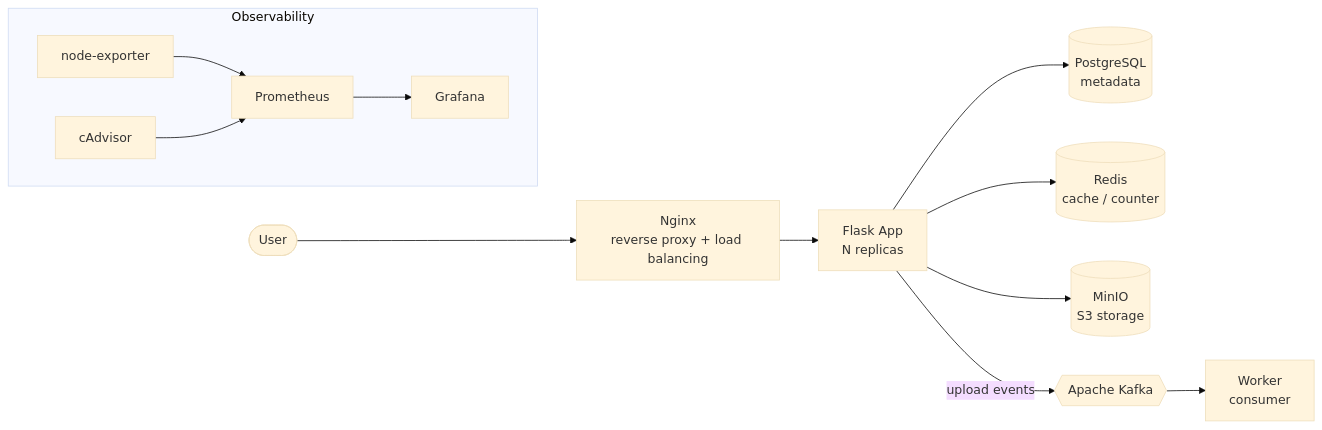
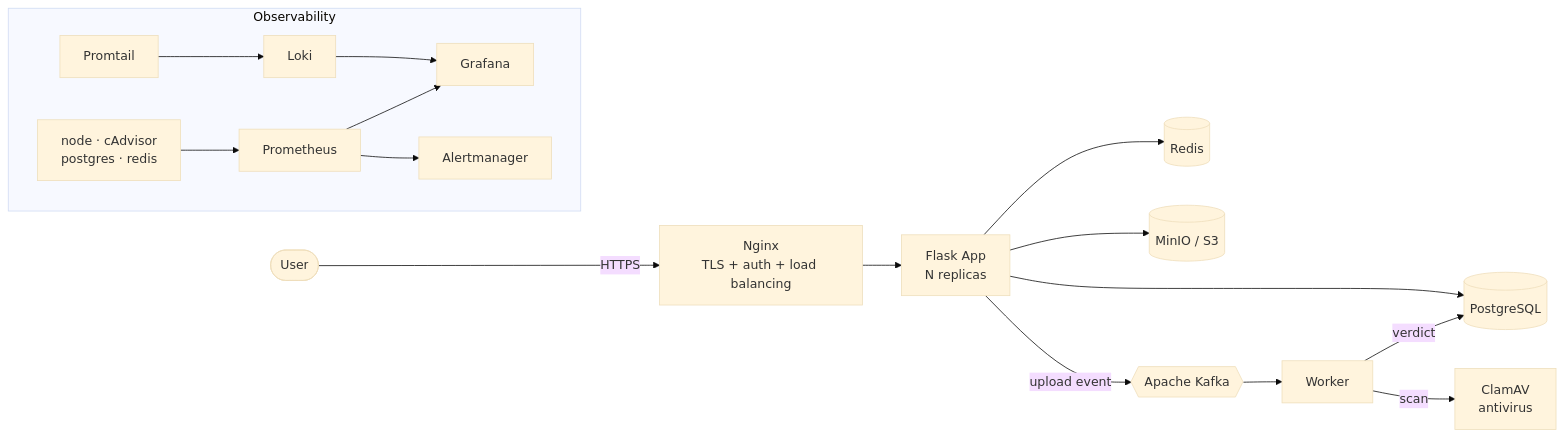
One commit to CedricCloudOps/ops-platform-lab changed the diagram in README.md. Above: the diagram before and after it, drawn with Mermaid (base theme). The commit also changed other lines of this file, not shown here.

Commit message:
docs: update README to reflect the full platform (security, antivirus, observability, IaC/CD)

````diff
--- a/README.md
+++ b/README.md
@@ -14,17 +23,21 @@
 ```mermaid
 flowchart LR
-    User([User]) --> Nginx[Nginx<br/>reverse proxy + load balancing]
+    User([User]) -->|HTTPS| Nginx[Nginx<br/>TLS + auth + load balancing]
     Nginx --> App[Flask App<br/>N replicas]
-    App --> PG[(PostgreSQL<br/>metadata)]
-    App --> Redis[(Redis<br/>cache / counter)]
-    App --> MinIO[(MinIO<br/>S3 storage)]
-    App -->|upload events| Kafka{{Apache Kafka}}
-    Kafka --> Worker[Worker<br/>consumer]
+    App --> PG[(PostgreSQL)]
+    App --> Redis[(Redis)]
+    App --> MinIO[(MinIO / S3)]
+    App -->|upload event| Kafka{{Apache Kafka}}
+    Kafka --> Worker[Worker]
+    Worker -->|scan| ClamAV[ClamAV<br/>antivirus]
+    Worker -->|verdict| PG
 
     subgraph Observability
         direction LR
-        NodeExp[node-exporter] --> Prom[Prometheus]
-        cAdvisor --> Prom
+        Exporters[node · cAdvisor<br/>postgres · redis] --> Prom[Prometheus]
         Prom --> Grafana[Grafana]
+        Prom --> Alert[Alertmanager]
+        Promtail --> Loki
+        Loki --> Grafana
     end
 ```
````
